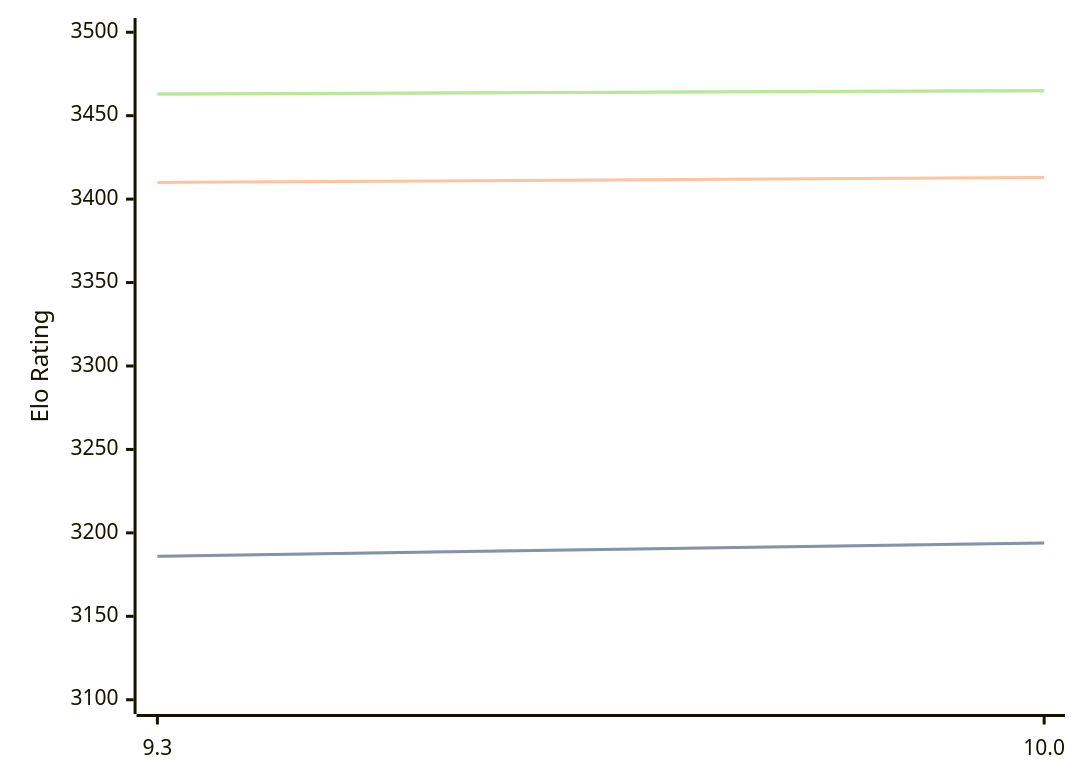
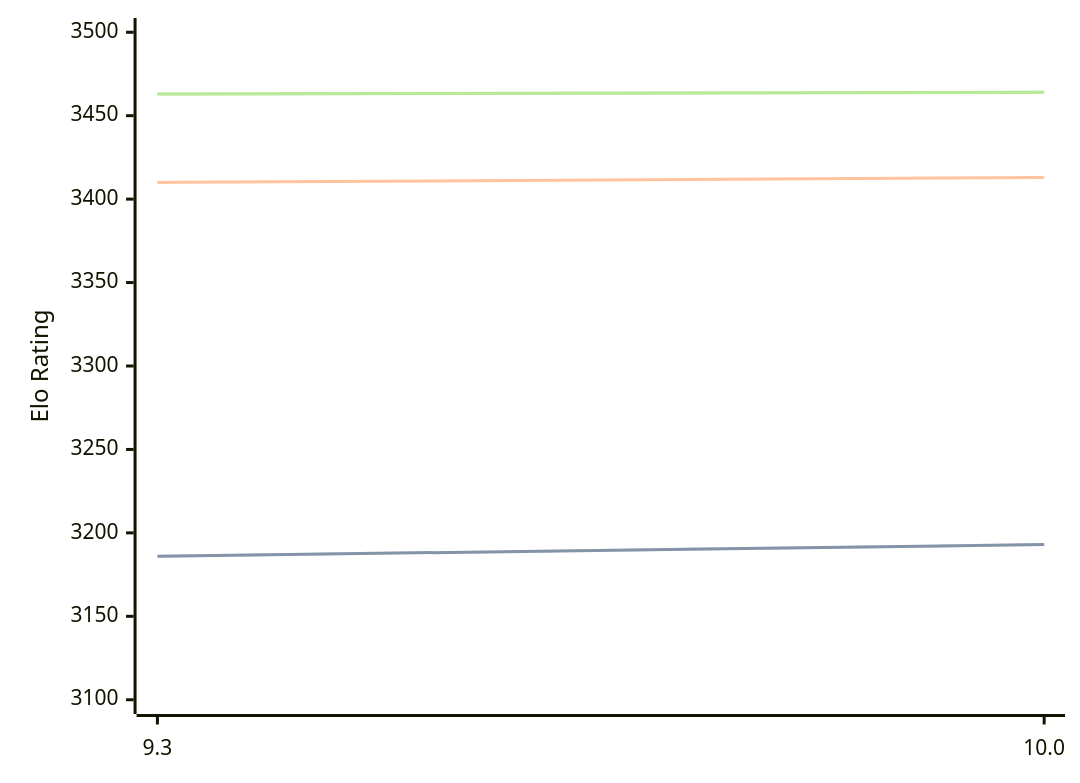
The diagram in engines/Fire.md (computer-chess-index/cci), drawn with Mermaid before and after one commit. The commit also changed other lines of this file, not shown here.

Commit message:
Update CCI Ratings (ELO VLTC) - 2026-04-21

````diff
--- a/engines/Fire.md
+++ b/engines/Fire.md
@@ -47,11 +47,11 @@
 ```mermaid
 %%{init: {"theme":"base","themeVariables":{"seriesColors:['#a3a3a3','#222221','#faa371']}}}%%
 xychart-beta
   x-axis ["9.3", "10.0"]
   y-axis "Elo Rating" 3100 --> 3500
-  line "STC (8.0+0.08s)" [3186, 3194]
-  line "STC (8.0+0.08s)" [3186, 3194]
+  line "STC (8.0+0.08s)" [3186, 3193]
+  line "STC (8.0+0.08s)" [3186, 3193]
   line "LTC (60.0+0.60s)" [3410, 3413]
-  line "VLTC (2m24s+1.12s)" [3463, 3465]
-  line "VLTC (2m24s+1.12s)" [3463, 3465]
+  line "VLTC (2m24s+1.12s)" [3463, 3464]
+  line "VLTC (2m24s+1.12s)" [3463, 3464]
 ```
````
